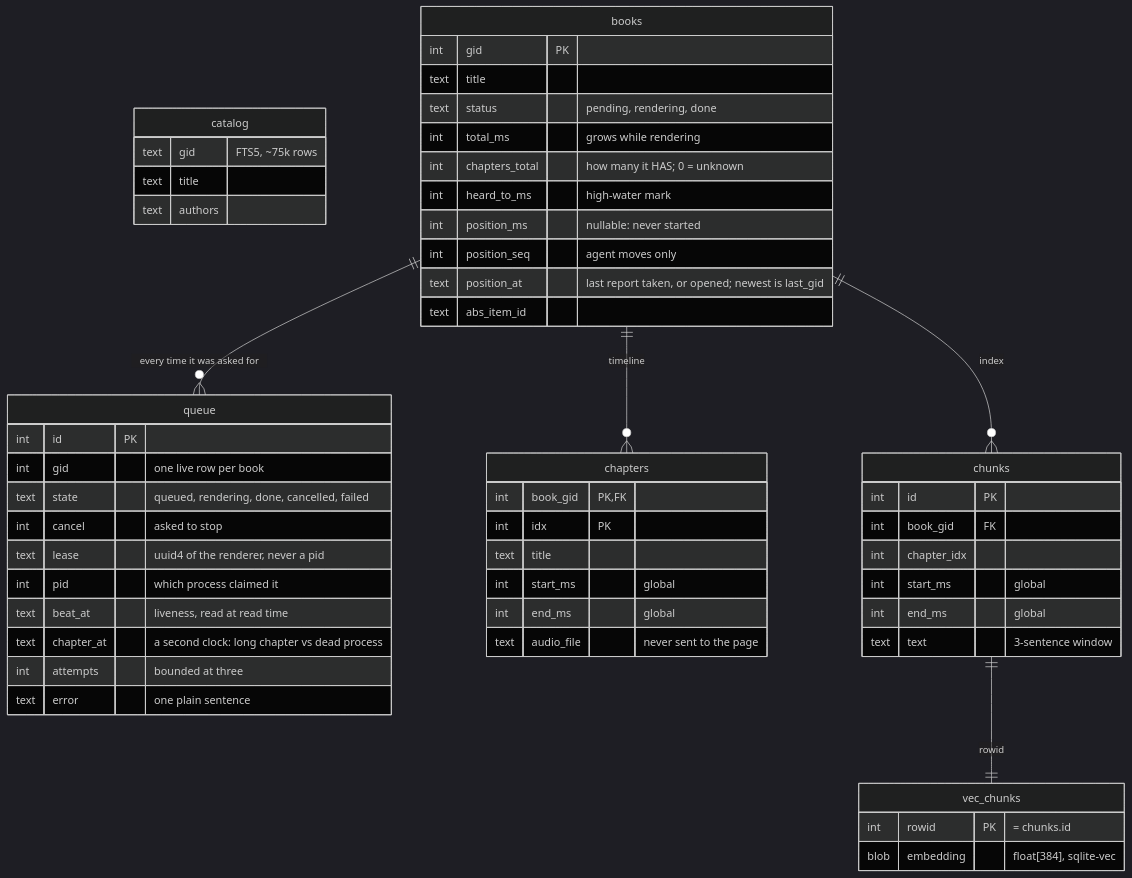
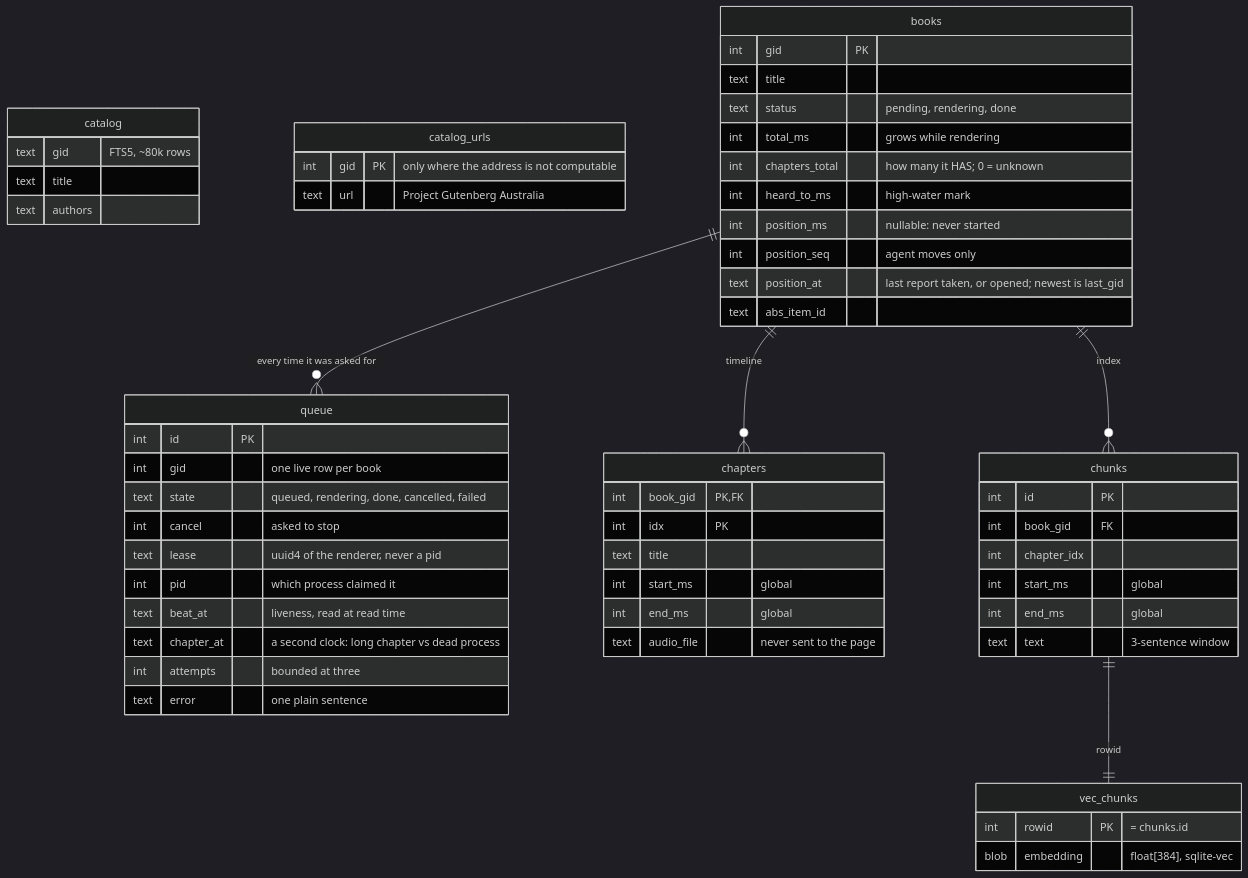
Before and after one commit to gilesknap/somnia: the third of 5 diagrams in docs/explanations/architecture.md, drawn with Mermaid (dark theme). The commit also changed other lines of this file and 19 other files, not shown here.

````diff
--- a/docs/explanations/architecture.md
+++ b/docs/explanations/architecture.md
@@ -150,57 +150,61 @@
 ```mermaid
 erDiagram
   catalog {
-    text gid "FTS5, ~75k rows"
+    text gid "FTS5, ~80k rows"
     text title
     text authors
+  }
+  catalog_urls {
+    int gid PK "only where the address is not computable"
+    text url "Project Gutenberg Australia"
   }
   books {
     int gid PK
     text title
     text status "pending, rendering, done"
     int total_ms "grows while rendering"
     int chapters_total "how many it HAS; 0 = unknown"
     int heard_to_ms "high-water mark"
     int position_ms "nullable: never started"
     int position_seq "agent moves only"
     text position_at "last report taken, or opened; newest is last_gid"
     text abs_item_id
   }
   queue {
     int id PK
     int gid "one live row per book"
     text state "queued, rendering, done, cancelled, failed"
     int cancel "asked to stop"
     text lease "uuid4 of the renderer, never a pid"
     int pid "which process claimed it"
     text beat_at "liveness, read at read time"
     text chapter_at "a second clock: long chapter vs dead process"
     int attempts "bounded at three"
     text error "one plain sentence"
   }
   chapters {
     int book_gid PK, FK
     int idx PK
     text title
     int start_ms "global"
     int end_ms "global"
     text audio_file "never sent to the page"
   }
   chunks {
     int id PK
     int book_gid FK
     int chapter_idx
     int start_ms "global"
     int end_ms "global"
     text text "3-sentence window"
   }
   vec_chunks {
     int rowid PK "= chunks.id"
     blob embedding "float[384], sqlite-vec"
   }
 
   books ||--o{ chapters : "timeline"
   books ||--o{ chunks : "index"
   chunks ||--|| vec_chunks : "rowid"
   books ||--o{ queue : "every time it was asked for"
 ```
````
